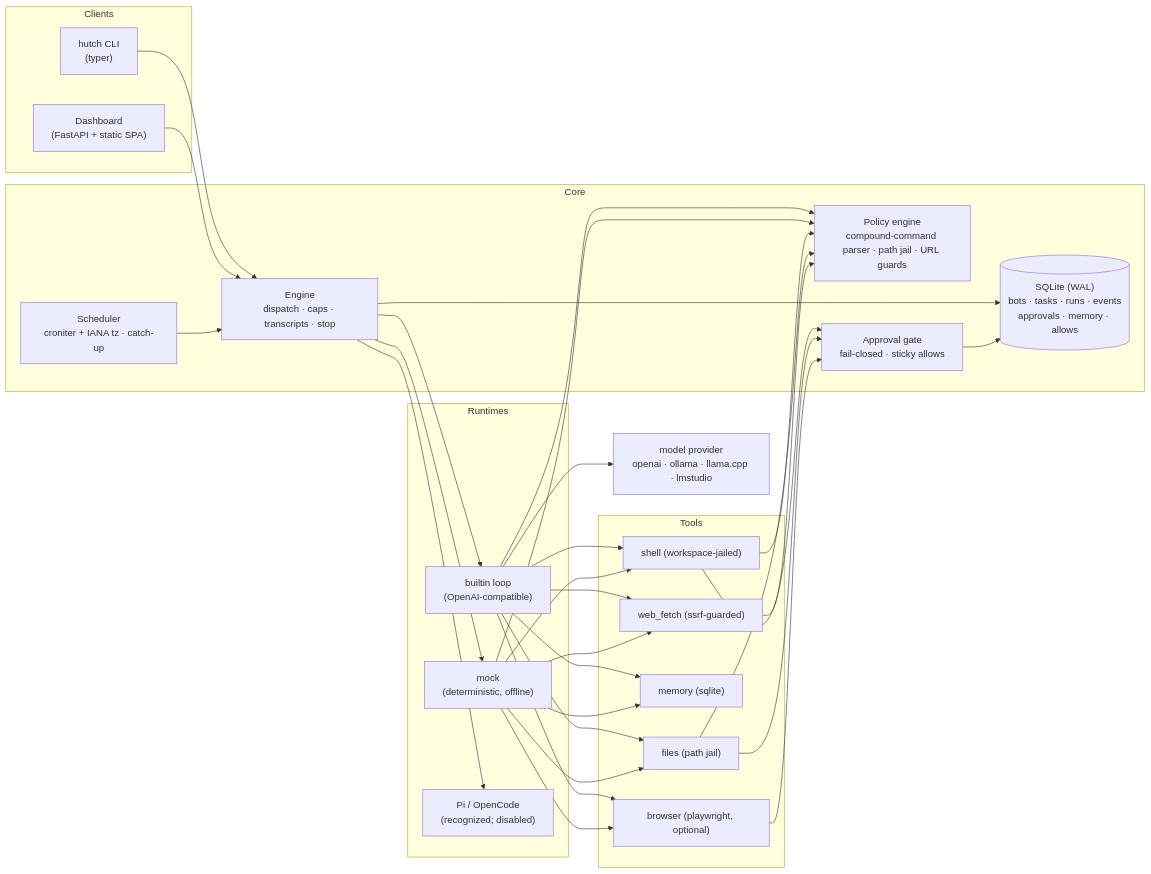
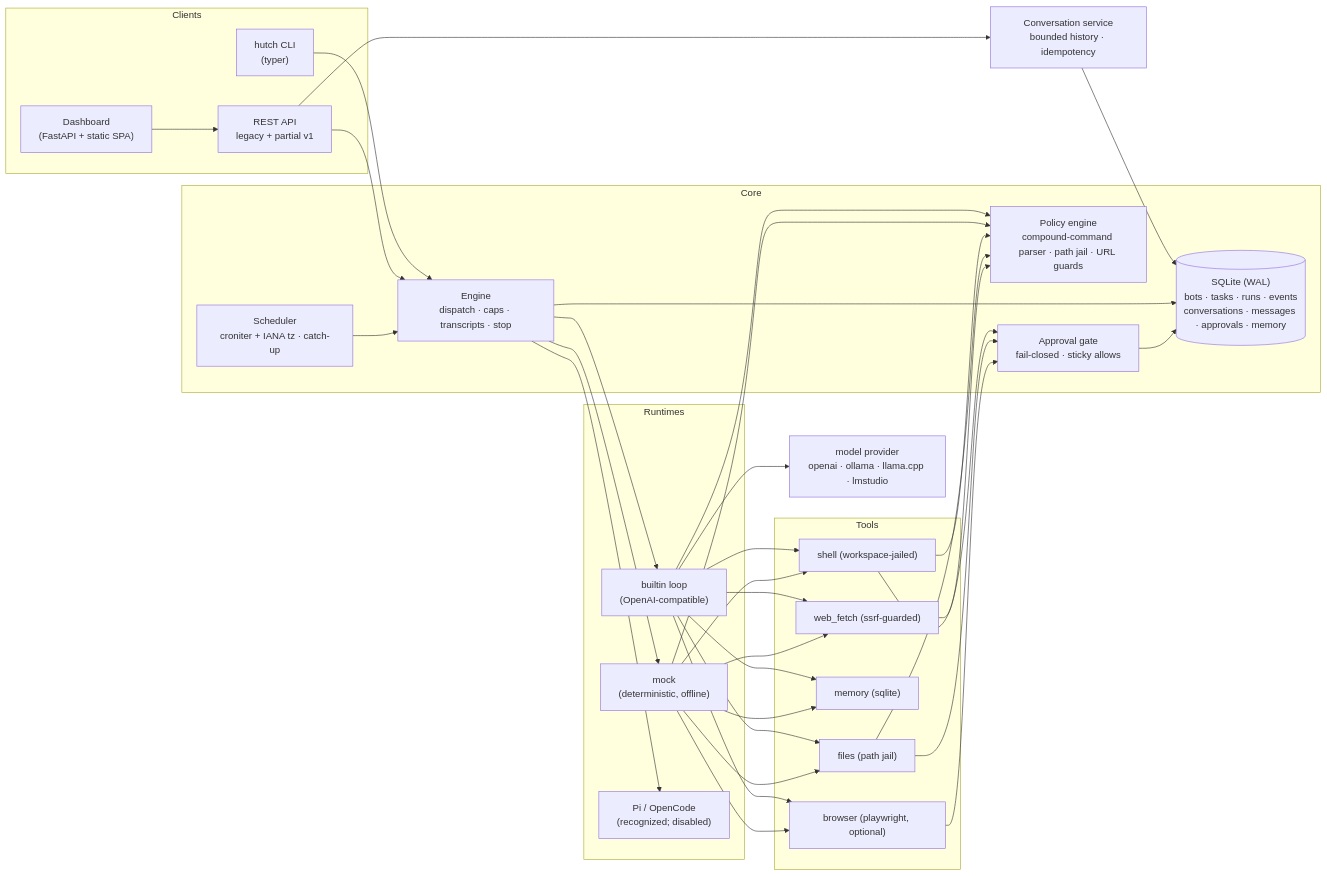
The diagram in docs/architecture.md (K-Arthur/hutch), drawn with Mermaid before and after one commit. The commit also changed other lines of this file and 45 other files, not shown here.

Commit message:
feat(conversations): add durable Studio threads and v1 API

````diff
--- a/docs/architecture.md
+++ b/docs/architecture.md
@@ -9,41 +9,45 @@
 ```mermaid
 flowchart LR
   subgraph Clients
     CLI["hutch CLI<br/>(typer)"]
     UI["Dashboard<br/>(FastAPI + static SPA)"]
+    API["REST API<br/>legacy + partial v1"]
   end
 
   subgraph Core
     ENG["Engine<br/>dispatch · caps · transcripts · stop"]
     SCH["Scheduler<br/>croniter + IANA tz · catch-up"]
-    SCHED_STORE[("SQLite (WAL)<br/>bots · tasks · runs · events<br/>approvals · memory · allows")]
+    SCHED_STORE[("SQLite (WAL)<br/>bots · tasks · runs · events<br/>conversations · messages · approvals · memory")]
     POL["Policy engine<br/>compound-command parser · path jail · URL guards"]
     GATE["Approval gate<br/>fail-closed · sticky allows"]
   end
 
   subgraph Runtimes
     BUILTIN["builtin loop<br/>(OpenAI-compatible)"]
     MOCK["mock<br/>(deterministic, offline)"]
     EXT["Pi / OpenCode<br/>(recognized; disabled)"]
   end
 
   subgraph Tools
     SH["shell (workspace-jailed)"]
     FI["files (path jail)"]
     ME["memory (sqlite)"]
     WF["web_fetch (ssrf-guarded)"]
     BR["browser (playwright, optional)"]
   end
 
   CLI --> ENG
-  UI --> ENG
+  UI --> API
+  API --> ENG
+  API --> CONV["Conversation service<br/>bounded history · idempotency"]
+  CONV --> SCHED_STORE
   SCH --> ENG
   ENG --> SCHED_STORE
   ENG --> BUILTIN & MOCK & EXT
   BUILTIN & MOCK --> POL
   BUILTIN & MOCK --> SH & FI & ME & WF & BR
   SH & FI & WF --> POL
   SH & FI & BR --> GATE
   GATE --> SCHED_STORE
   BUILTIN --> LLM["model provider<br/>openai · ollama · llama.cpp · lmstudio"]
 ```
````
